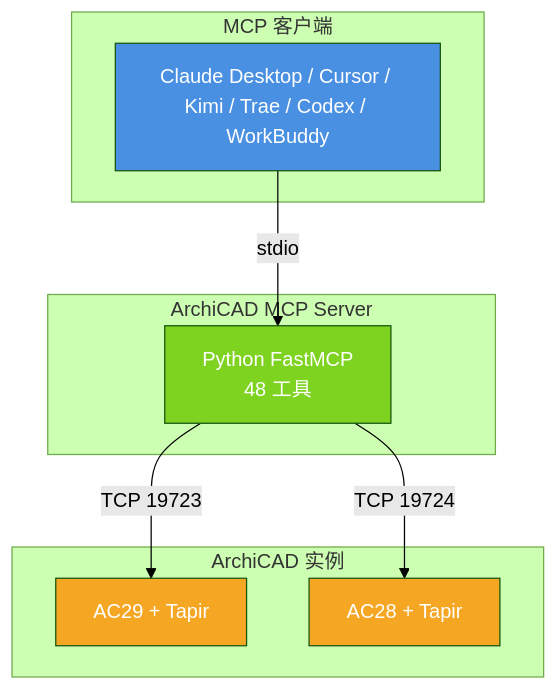
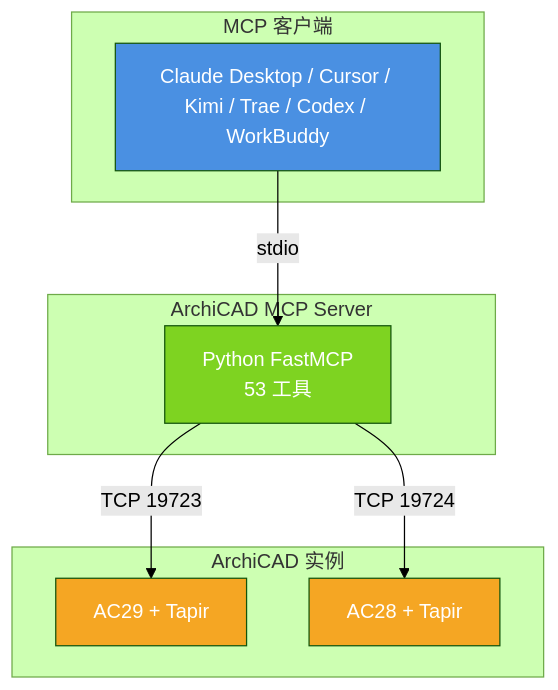
One commit to archilau0315/archilinkai changed the diagram in readme.md. Above: the diagram before and after it, drawn with Mermaid (forest theme). The commit also changed other lines of this file and 5 other files, not shown here.

First line of the commit message:
V0.33 P0 Tapir 命令批：连接关系/移动旋转/预览图/材料物理性能

````diff
--- a/readme.md
+++ b/readme.md
@@ -62,20 +62,20 @@
 ```mermaid
 flowchart TB
     subgraph Client["MCP 客户端"]
         C[Claude Desktop / Cursor / Kimi / Trae / Codex / WorkBuddy]
     end
     subgraph Server["ArchiCAD MCP Server"]
-        S[Python FastMCP<br/>48 工具]
+        S[Python FastMCP<br/>53 工具]
     end
     subgraph AC["ArchiCAD 实例"]
         A1[AC29 + Tapir]
         A2[AC28 + Tapir]
     end
     C -->|stdio| S
     S -->|TCP 19723| A1
     S -->|TCP 19724| A2
     style C fill:#4a90e2,color:#fff
     style S fill:#7ed321,color:#fff
     style A1 fill:#f5a623,color:#fff
     style A2 fill:#f5a623,color:#fff
 ```
````
